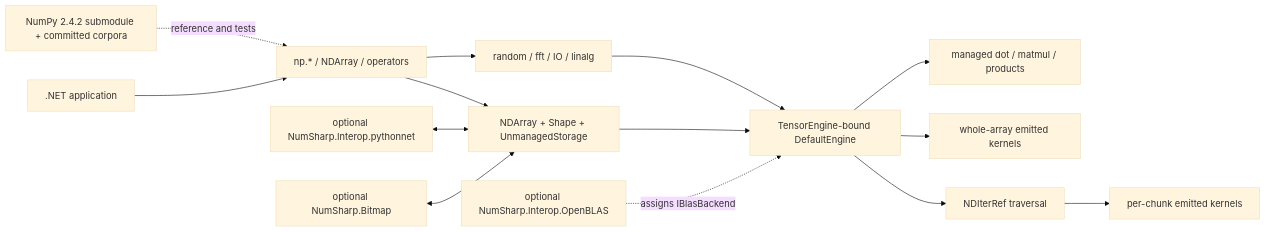
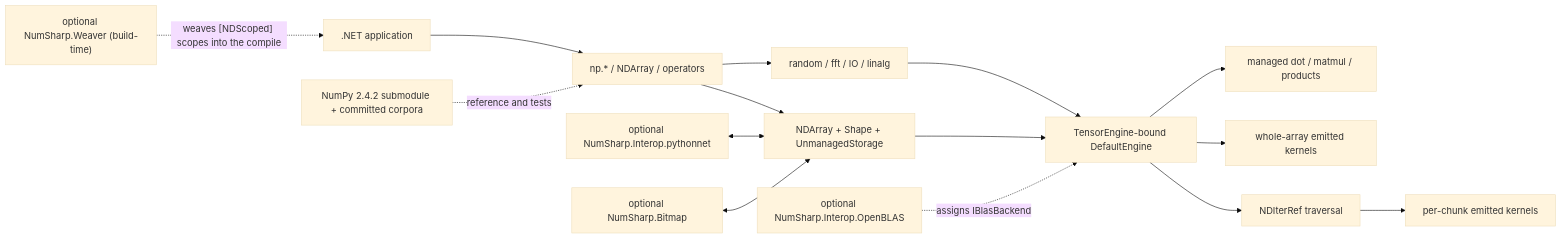
One commit to SciSharp/NumSharp changed the diagram in ARCHITECTURE.md. Above: the diagram before and after it, drawn with Mermaid (base theme). The commit also changed other lines of this file and 5 other files, not shown here.

````diff
--- a/ARCHITECTURE.md
+++ b/ARCHITECTURE.md
@@ -31,16 +31,17 @@
 ```mermaid
 flowchart LR
     App[".NET application"] --> API["np.* / NDArray / operators"]
     API --> Model["NDArray + Shape + UnmanagedStorage"]
     API --> Modules["random / fft / IO / linalg"]
     Model --> Engine["TensorEngine-bound DefaultEngine"]
     Modules --> Engine
     Engine --> Iter["NDIterRef traversal"]
     Engine --> Direct["whole-array emitted kernels"]
     Iter --> Inner["per-chunk emitted kernels"]
     Engine --> ManagedLA["managed dot / matmul / products"]
     OpenBLAS["optional NumSharp.Interop.OpenBLAS"] -. "assigns IBlasBackend" .-> Engine
     Python["optional NumSharp.Interop.pythonnet"] <--> Model
     Bitmap["optional NumSharp.Bitmap"] <--> Model
+    Weaver["optional NumSharp.Weaver (build-time)"] -. "weaves [NDScoped] scopes into the compile" .-> App
     Oracle["NumPy 2.4.2 submodule + committed corpora"] -. "reference and tests" .-> API
 ```
````
